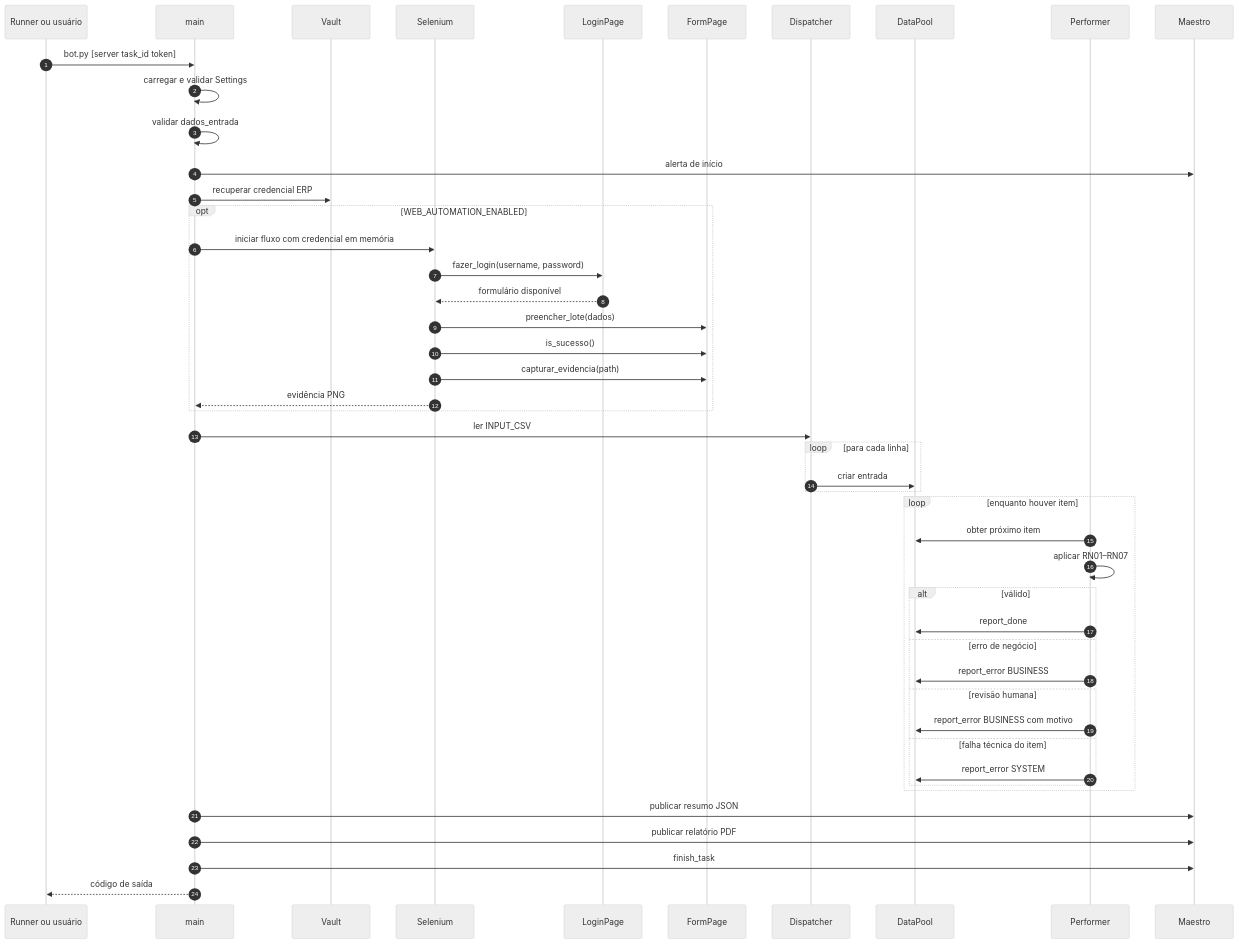
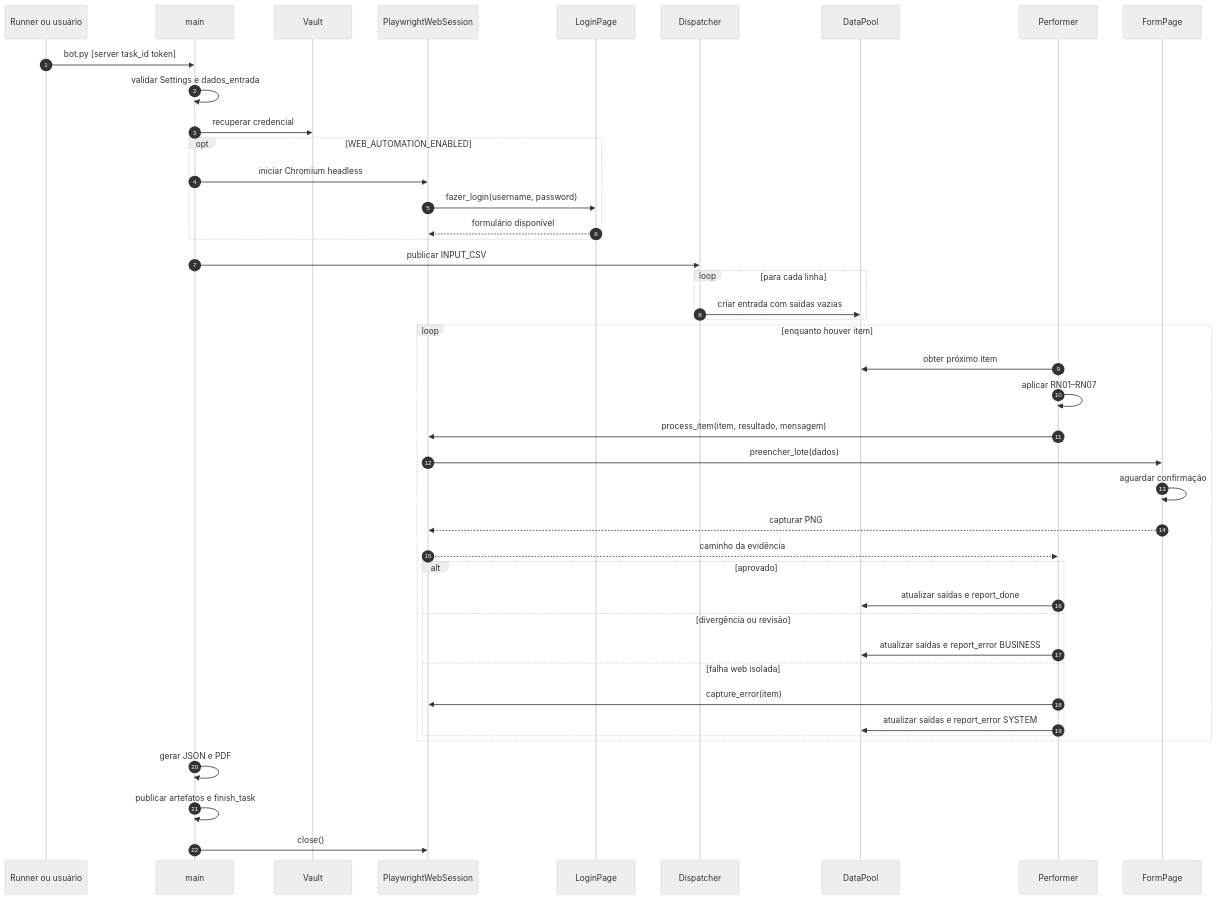
One commit to g-f307/conferencia-de-lotes changed the second of 3 diagrams in docs/ARQUITETURA.md. Above: the diagram before and after it, drawn with Mermaid (neutral theme). The commit also changed other lines of this file and 38 other files, not shown here.

First line of the commit message:
feat(playwright): integrar automação web ao DataPool e gerar evidências por item (#41)

````diff
--- a/docs/ARQUITETURA.md
+++ b/docs/ARQUITETURA.md
@@ -124,54 +122,46 @@
 ```mermaid
 sequenceDiagram
     autonumber
     participant R as Runner ou usuário
     participant M as main
     participant V as Vault
-    participant W as Selenium
+    participant W as PlaywrightWebSession
     participant L as LoginPage
-    participant F as FormPage
     participant D as Dispatcher
     participant Q as DataPool
     participant P as Performer
-    participant B as Maestro
+    participant F as FormPage
 
     R->>M: bot.py [server task_id token]
-    M->>M: carregar e validar Settings
-    M->>M: validar dados_entrada
-    M->>B: alerta de início
-    M->>V: recuperar credencial ERP
-
+    M->>M: validar Settings e dados_entrada
+    M->>V: recuperar credencial
     opt WEB_AUTOMATION_ENABLED
-        M->>W: iniciar fluxo com credencial em memória
+        M->>W: iniciar Chromium headless
         W->>L: fazer_login(username, password)
         L-->>W: formulário disponível
-        W->>F: preencher_lote(dados)
-        W->>F: is_sucesso()
-        W->>F: capturar_evidencia(path)
-        W-->>M: evidência PNG
     end
-
-    M->>D: ler INPUT_CSV
+    M->>D: publicar INPUT_CSV
     loop para cada linha
-        D->>Q: criar entrada
+        D->>Q: criar entrada com saídas vazias
     end
-
     loop enquanto houver item
         P->>Q: obter próximo item
         P->>P: aplicar RN01–RN07
-        alt válido
-            P->>Q: report_done
-        else erro de negócio
-            P->>Q: report_error BUSINESS
-        else revisão humana
-            P->>Q: report_error BUSINESS com motivo
-        else falha técnica do item
-            P->>Q: report_error SYSTEM
+        P->>W: process_item(item, resultado, mensagem)
+        W->>F: preencher_lote(dados)
+        F->>F: aguardar confirmação
+        F-->>W: capturar PNG
+        W-->>P: caminho da evidência
+        alt aprovado
+            P->>Q: atualizar saídas e report_done
+        else divergência ou revisão
+            P->>Q: atualizar saídas e report_error BUSINESS
+        else falha web isolada
+            P->>W: capture_error(item)
+            P->>Q: atualizar saídas e report_error SYSTEM
         end
     end
-
-    M->>B: publicar resumo JSON
-    M->>B: publicar relatório PDF
-    M->>B: finish_task
-    M-->>R: código de saída
+    M->>M: gerar JSON e PDF
+    M->>M: publicar artefatos e finish_task
+    M->>W: close()
 ```
````
